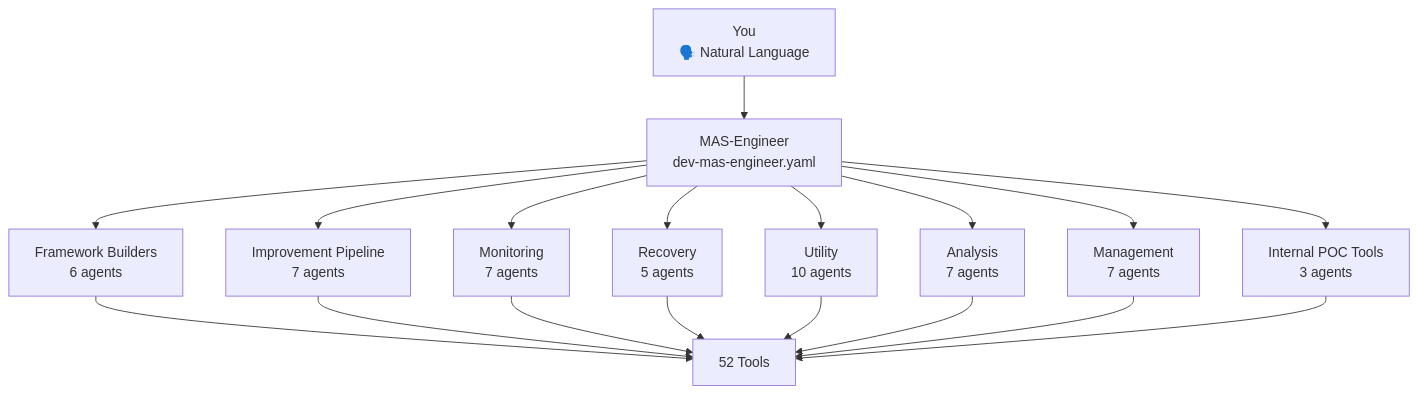
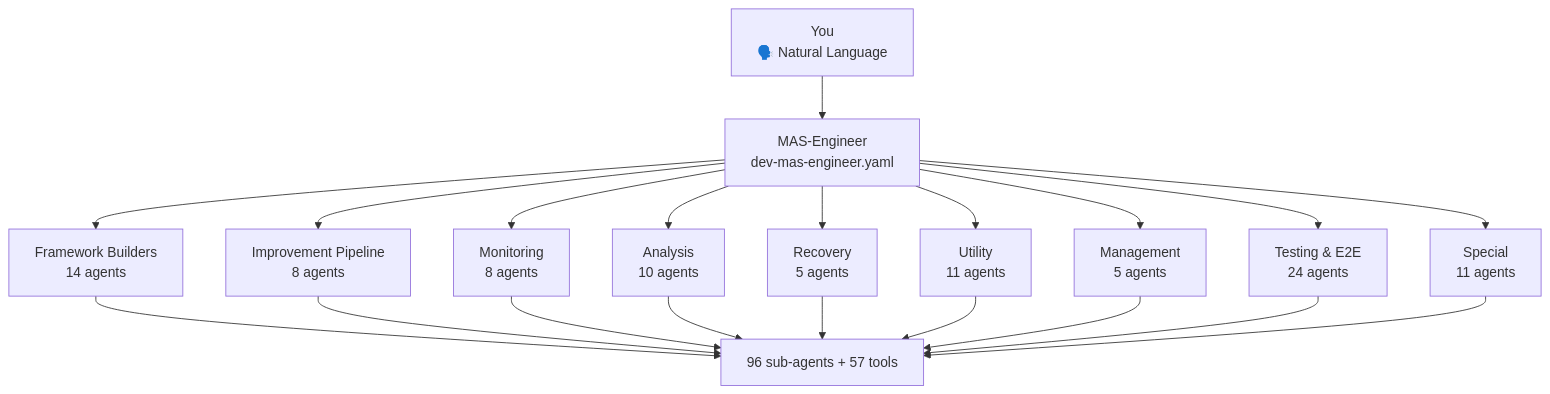
Before and after one commit to mczardybon/mas-engineer: the first of 2 diagrams in docs/index.md, drawn with Mermaid. The commit also changed other lines of this file and 9 other files, not shown here.

First line of the commit message:
📝 DOCS — Konsistenz-Fix: 8-Stage Pipeline + 96 Sub-Agents + 57 Tools

````diff
--- a/docs/index.md
+++ b/docs/index.md
@@ -52,13 +52,14 @@
 ```mermaid
 flowchart TD
     YOU["You\n🗣️ Natural Language"] --> ENGINEER["MAS-Engineer\ndev-mas-engineer.yaml"]
-    ENGINEER --> FB["Framework Builders\n6 agents"]
-    ENGINEER --> IP["Improvement Pipeline\n7 agents"]
-    ENGINEER --> MON["Monitoring\n7 agents"]
+    ENGINEER --> FB["Framework Builders\n14 agents"]
+    ENGINEER --> IP["Improvement Pipeline\n8 agents"]
+    ENGINEER --> MON["Monitoring\n8 agents"]
+    ENGINEER --> AN["Analysis\n10 agents"]
     ENGINEER --> REC["Recovery\n5 agents"]
-    ENGINEER --> UT["Utility\n10 agents"]
-    ENGINEER --> AN["Analysis\n7 agents"]
-    ENGINEER --> MG["Management\n7 agents"]
-    ENGINEER --> POC["Internal POC Tools\n3 agents"]
-    FB & IP & MON & REC & UT & AN & MG & POC --> TOOLS["52 Tools"]
+    ENGINEER --> UT["Utility\n11 agents"]
+    ENGINEER --> MG["Management\n5 agents"]
+    ENGINEER --> TEST["Testing & E2E\n24 agents"]
+    ENGINEER --> SPEC["Special\n11 agents"]
+    FB & IP & MON & AN & REC & UT & MG & TEST & SPEC --> TOOLS["96 sub-agents + 57 tools"]
 ```
````
